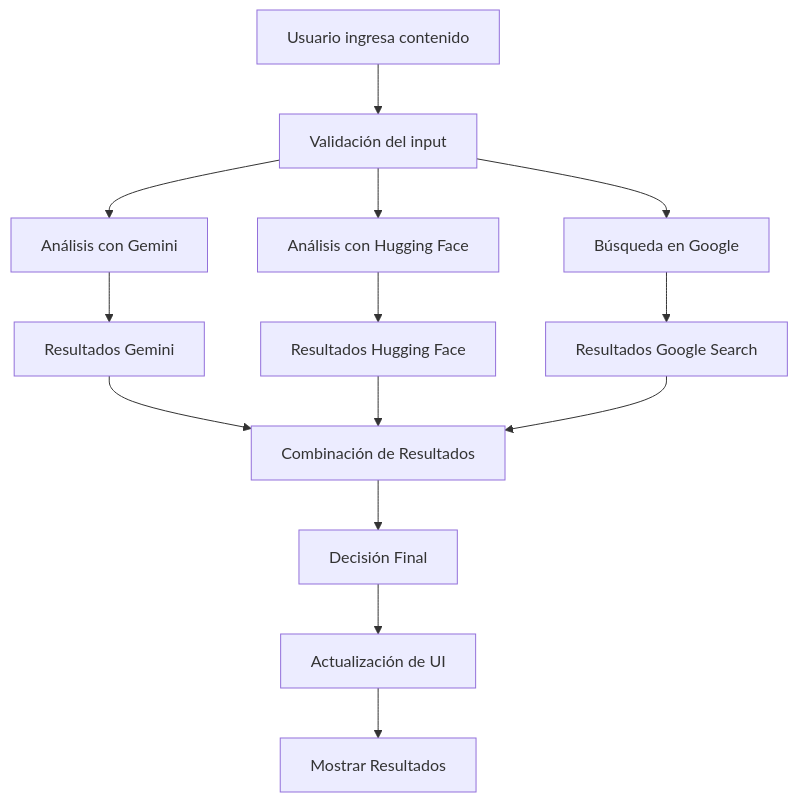
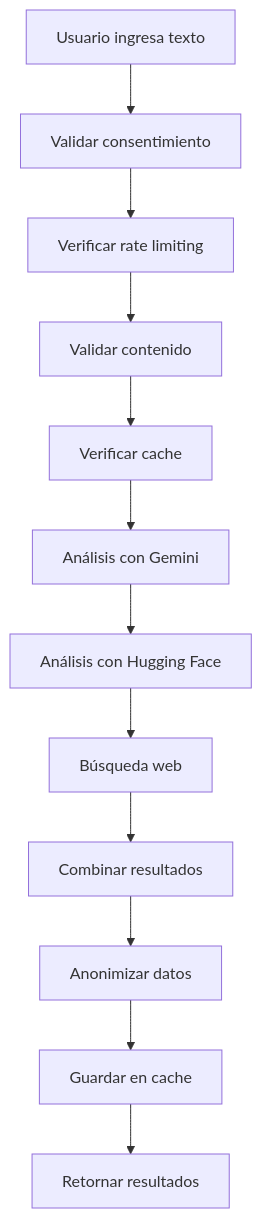
One commit to SGSoftworks/DetectorAI changed the diagram in DOCUMENTACION_TECNICA.md. Above: the diagram before and after it, drawn with Mermaid. The commit also changed other lines of this file and 15 other files, not shown here.

````diff
--- a/DOCUMENTACION_TECNICA.md
+++ b/DOCUMENTACION_TECNICA.md
@@ -79,16 +202,14 @@
 ```mermaid
 graph TD
-    A[Usuario ingresa contenido] --> B[Validación del input]
-    B --> C[Análisis con Gemini]
-    B --> D[Análisis con Hugging Face]
-    B --> E[Búsqueda en Google]
-    C --> F[Resultados Gemini]
-    D --> G[Resultados Hugging Face]
-    E --> H[Resultados Google Search]
-    F --> I[Combinación de Resultados]
-    G --> I
-    H --> I
-    I --> J[Decisión Final]
-    J --> K[Actualización de UI]
-    K --> L[Mostrar Resultados]
+    A[Usuario ingresa texto] --> B[Validar consentimiento]
+    B --> C[Verificar rate limiting]
+    C --> D[Validar contenido]
+    D --> E[Verificar cache]
+    E --> F[Análisis con Gemini]
+    F --> G[Análisis con Hugging Face]
+    G --> H[Búsqueda web]
+    H --> I[Combinar resultados]
+    I --> J[Anonimizar datos]
+    J --> K[Guardar en cache]
+    K --> L[Retornar resultados]
 ```
````
